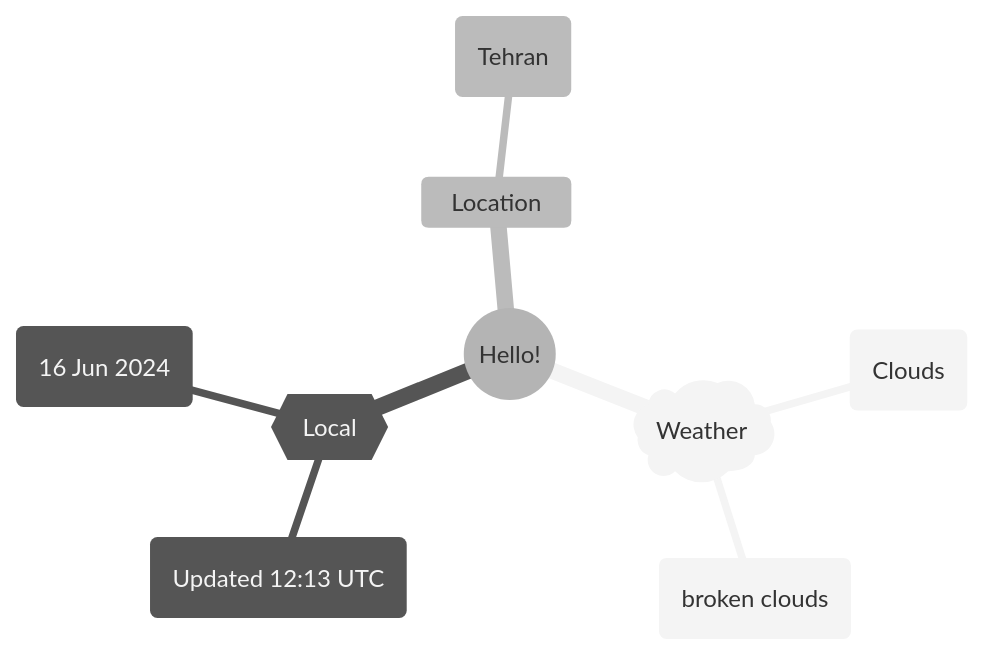
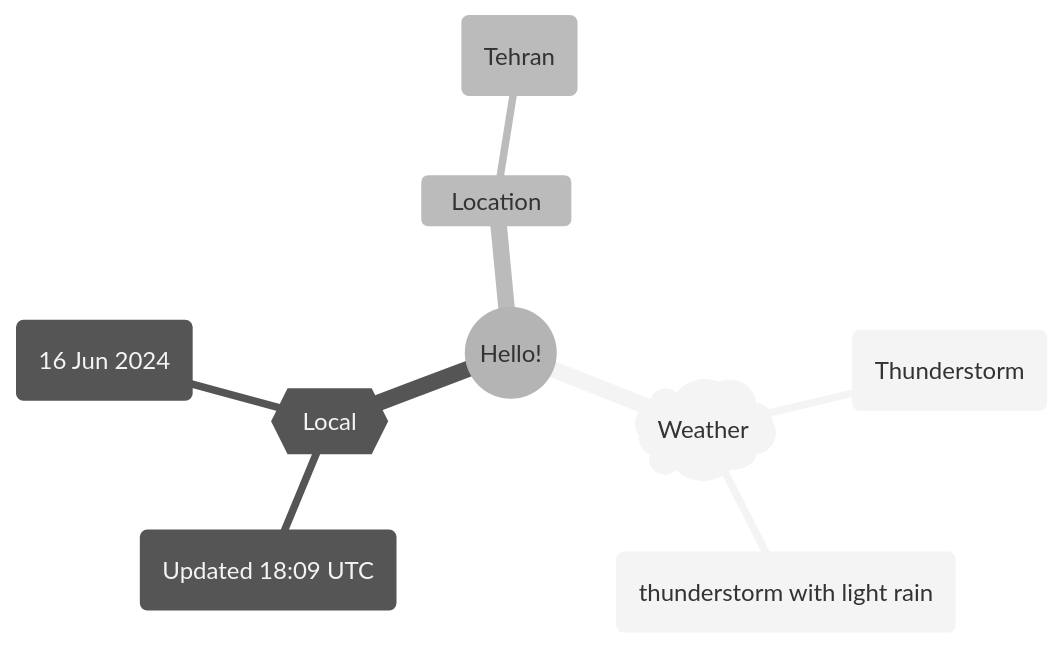
One commit to Xosrov/Xosrov changed the first of 2 diagrams in README.md. Above: the diagram before and after it, drawn with Mermaid (neutral theme).

Commit message:
[bot] updated images

````diff
--- a/README.md
+++ b/README.md
@@ -3,12 +3,12 @@
 ```mermaid
 mindmap
   root((Hello!))
     )Weather(
-        (Clouds)
-        (broken clouds)
+        (Thunderstorm)
+        (thunderstorm with light rain)
     {{Local}}
-        (Updated 12:13 UTC)
+        (Updated 18:09 UTC)
         (16 Jun 2024)
     Location
         (Tehran)
 ```
````
